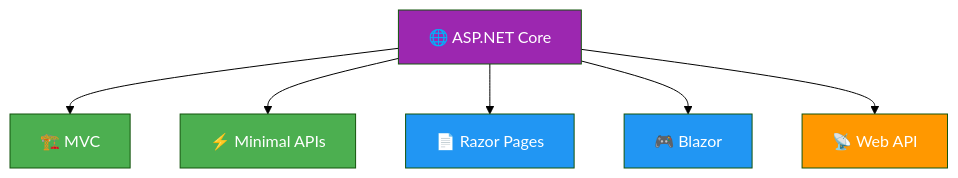
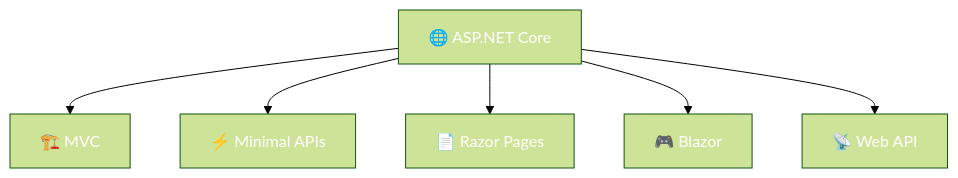
The first of 6 diagrams in 05-arquitectura-pipeline.md (joseluisgs/DesarrolloWebEntornosServidor-02-2026-2027), drawn with Mermaid (forest theme) before and after one commit. The commit also changed other lines of this file and 41 other files, not shown here.

````diff
--- a/05-arquitectura-pipeline.md
+++ b/05-arquitectura-pipeline.md
@@ -52,14 +52,14 @@
 ```mermaid
 flowchart TD
     A["🌐 ASP.NET Core"] --> B["🏗️ MVC"]
     A --> C["⚡ Minimal APIs"]
     A --> D["📄 Razor Pages"]
     A --> E["🎮 Blazor"]
     A --> F["📡 Web API"]
-    style A fill:#9C27B0,color:#fff
-    style B fill:#4CAF50,color:#fff
-    style C fill:#4CAF50,color:#fff
-    style D fill:#2196F3,color:#fff
-    style E fill:#2196F3,color:#fff
-    style F fill:#FF9800,color:#fff
+    style A fill:#9C27B,color:#fff0,color:#fff
+    style B fill:#4CAF5,color:#fff0,color:#fff
+    style C fill:#4CAF5,color:#fff0,color:#fff
+    style D fill:#2196F,color:#fff3,color:#fff
+    style E fill:#2196F,color:#fff3,color:#fff
+    style F fill:#FF980,color:#fff0,color:#fff
 ```
````
